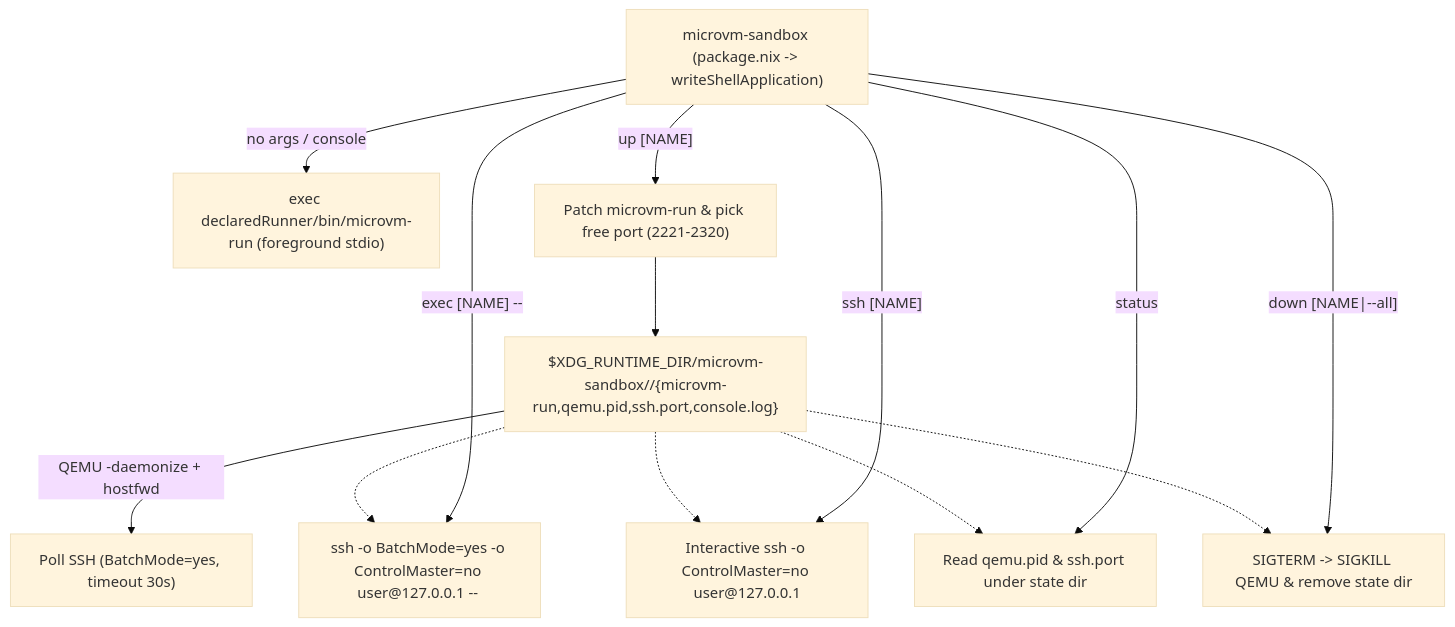
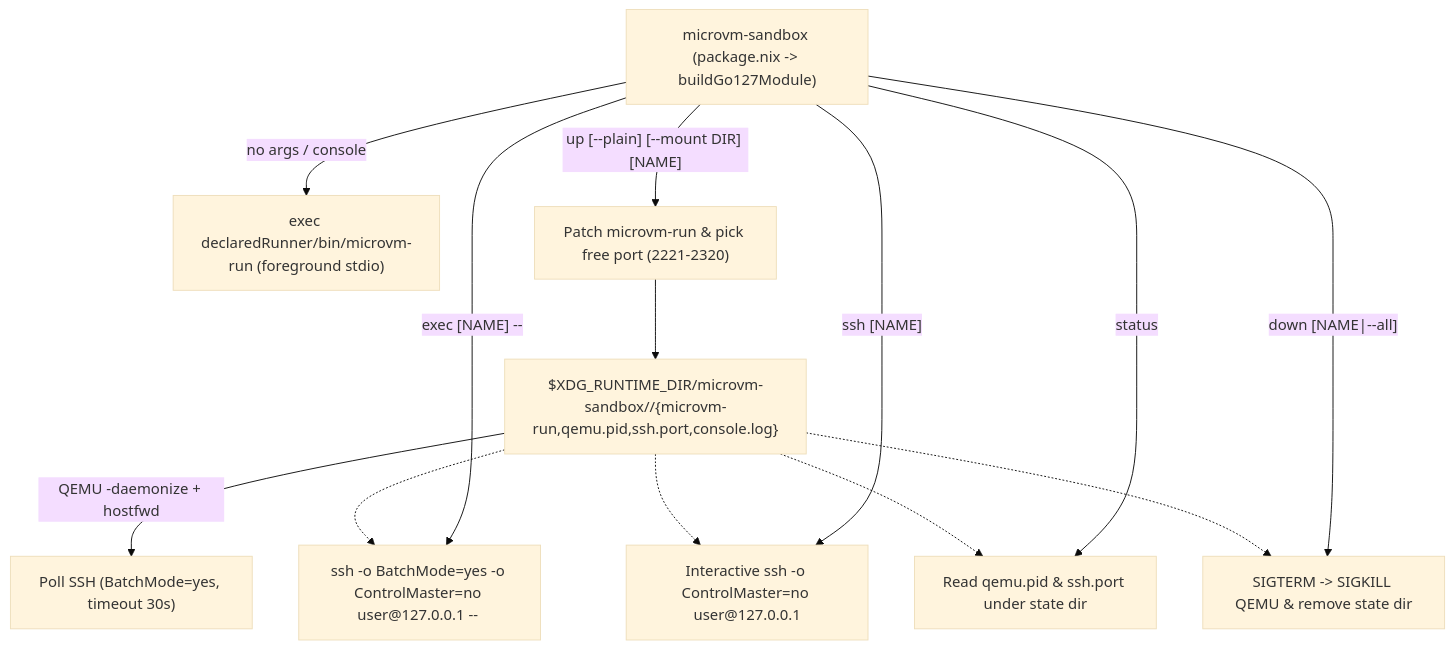
Before and after one commit to kachick/dotfiles: the second of 2 diagrams in nixos/hosts/sandbox/README.md, drawn with Mermaid (base theme). The commit also changed other lines of this file and 5 other files, not shown here.

First line of the commit message:
Rewrite microvm-sandbox in Go and add plain mode

````diff
--- a/nixos/hosts/sandbox/README.md
+++ b/nixos/hosts/sandbox/README.md
@@ -60,20 +62,20 @@
 ```mermaid
 flowchart TD
-    cli["microvm-sandbox (package.nix -> writeShellApplication)"]
+    cli["microvm-sandbox (package.nix -> buildGo127Module)"]
 
     cli -->|"no args / console"| fg["exec declaredRunner/bin/microvm-run (foreground stdio)"]
 
-    cli -->|"up [NAME]"| up["Patch microvm-run & pick free port (2221-2320)"]
+    cli -->|"up [--plain] [--mount DIR] [NAME]"| up["Patch microvm-run & pick free port (2221-2320)"]
     up --> state["$XDG_RUNTIME_DIR/microvm-sandbox/<NAME>/{microvm-run,qemu.pid,ssh.port,console.log}"]
     state -->|"QEMU -daemonize + hostfwd"| wait["Poll SSH (BatchMode=yes, timeout 30s)"]
 
     cli -->|"exec [NAME] -- <CMD>"| exec_cmd["ssh -o BatchMode=yes -o ControlMaster=no user@127.0.0.1 -- <CMD>"]
     cli -->|"ssh [NAME]"| ssh_cmd["Interactive ssh -o ControlMaster=no user@127.0.0.1"]
     cli -->|"status"| status_cmd["Read qemu.pid & ssh.port under state dir"]
     cli -->|"down [NAME|--all]"| down_cmd["SIGTERM -> SIGKILL QEMU & remove state dir"]
 
     state -.-> exec_cmd
     state -.-> ssh_cmd
     state -.-> status_cmd
     state -.-> down_cmd
 ```
````
